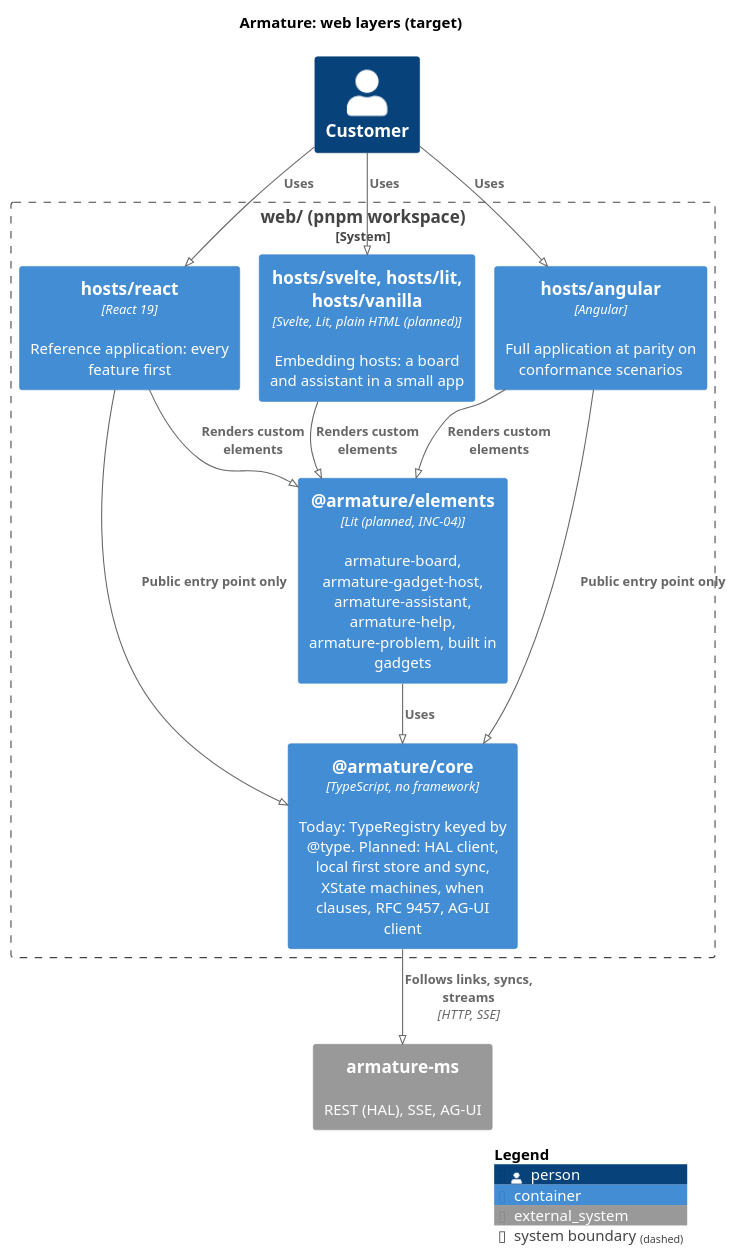
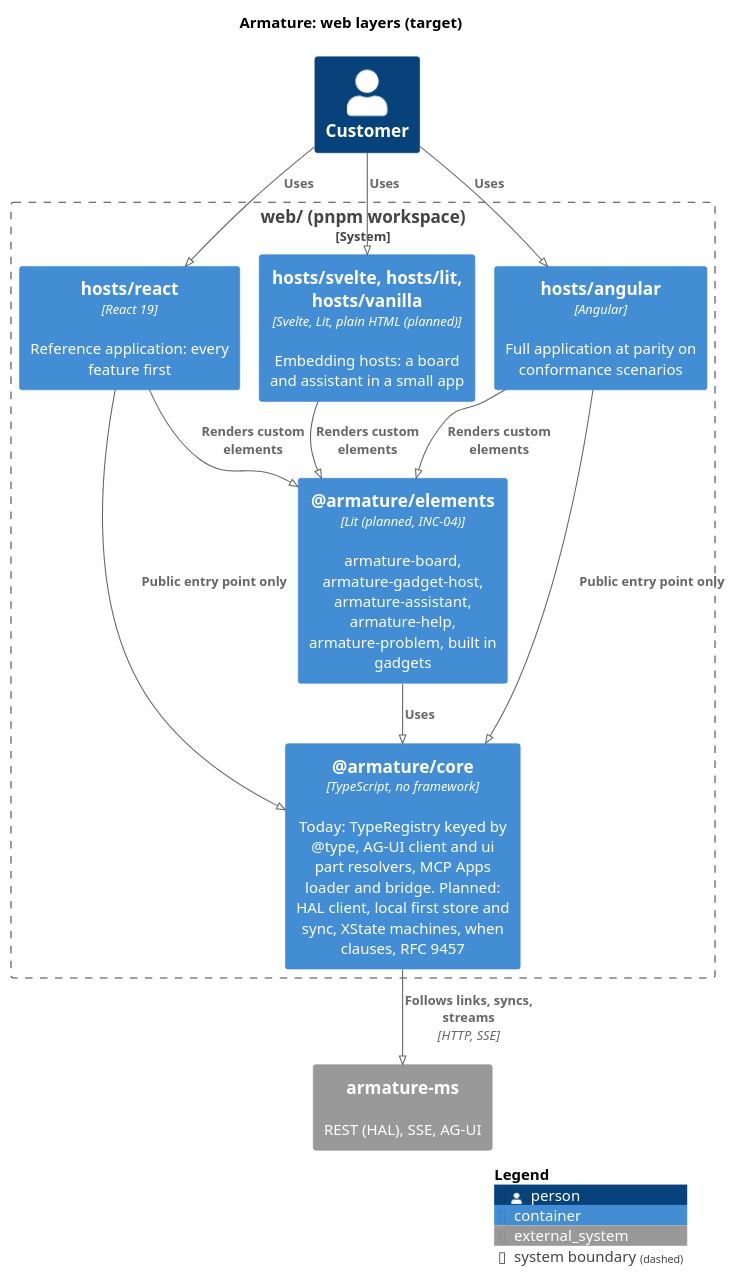
One commit to jayhamilton/armature changed the diagram in docs/architecture/c4/web-layers-target.puml. Above: the diagram before and after it, drawn with PlantUML. The commit also changed 16 other files, not shown here.

First line of the commit message:
Document INC-00e: assistant sequence, pattern example, core README

```diff
--- a/docs/architecture/c4/web-layers-target.puml
+++ b/docs/architecture/c4/web-layers-target.puml
@@ -1,34 +1,35 @@
 @startuml web-layers-target
 ' C4 level 2 detail: the plan's web layers ("Multi framework UI"). A target view: today only
-' web/hosts/angular, web/hosts/react, and web/packages/core (the @type registry) exist; elements
-' and the Svelte, Lit, and vanilla hosts are planned. Hosts move onto core and elements in INC-04.
+' web/hosts/angular, web/hosts/react, and web/packages/core exist; elements and the Svelte, Lit,
+' and vanilla hosts are planned. Both hosts use core for the assistant since INC-00e, and move
+' onto elements in INC-04.
 !pragma layout smetana
 !include <C4/C4_Container>
 
 title Armature: web layers (target)
 
 Person(customer, "Customer")
 
 System_Boundary(web, "web/ (pnpm workspace)") {
   Container(react, "hosts/react", "React 19", "Reference application: every feature first")
   Container(angular, "hosts/angular", "Angular", "Full application at parity on conformance scenarios")
   Container(embed, "hosts/svelte, hosts/lit, hosts/vanilla", "Svelte, Lit, plain HTML (planned)", "Embedding hosts: a board and assistant in a small app")
   Container(elements, "@armature/elements", "Lit (planned, INC-04)", "armature-board, armature-gadget-host, armature-assistant, armature-help, armature-problem, built in gadgets")
-  Container(core, "@armature/core", "TypeScript, no framework", "Today: TypeRegistry keyed by @type. Planned: HAL client, local first store and sync, XState machines, when clauses, RFC 9457, AG-UI client")
+  Container(core, "@armature/core", "TypeScript, no framework", "Today: TypeRegistry keyed by @type, AG-UI client and ui part resolvers, MCP Apps loader and bridge. Planned: HAL client, local first store and sync, XState machines, when clauses, RFC 9457")
 }
 
 System_Ext(backend, "armature-ms", "REST (HAL), SSE, AG-UI")
 
 Rel(customer, react, "Uses")
 Rel(customer, angular, "Uses")
 Rel(customer, embed, "Uses")
 Rel(react, elements, "Renders custom elements")
 Rel(angular, elements, "Renders custom elements")
 Rel(embed, elements, "Renders custom elements")
 Rel(elements, core, "Uses")
 Rel(react, core, "Public entry point only")
 Rel(angular, core, "Public entry point only")
 Rel(core, backend, "Follows links, syncs, streams", "HTTP, SSE")
 
 SHOW_LEGEND()
 @enduml
```
